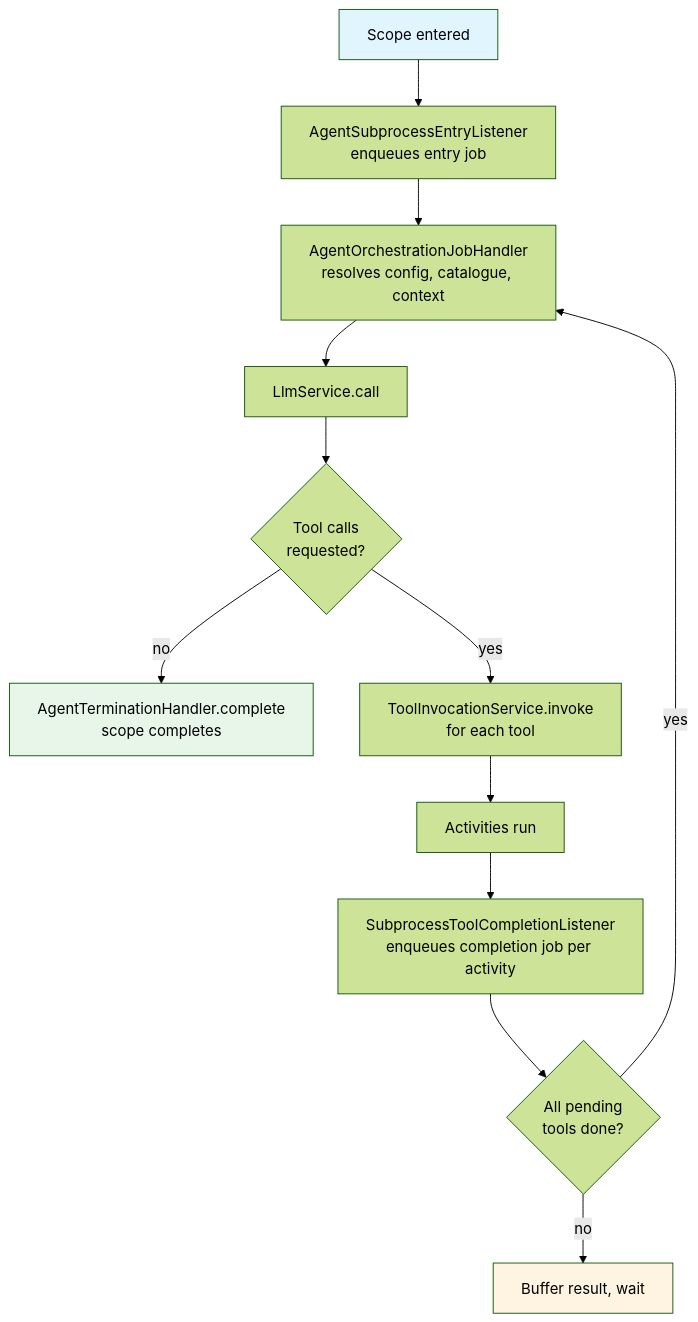
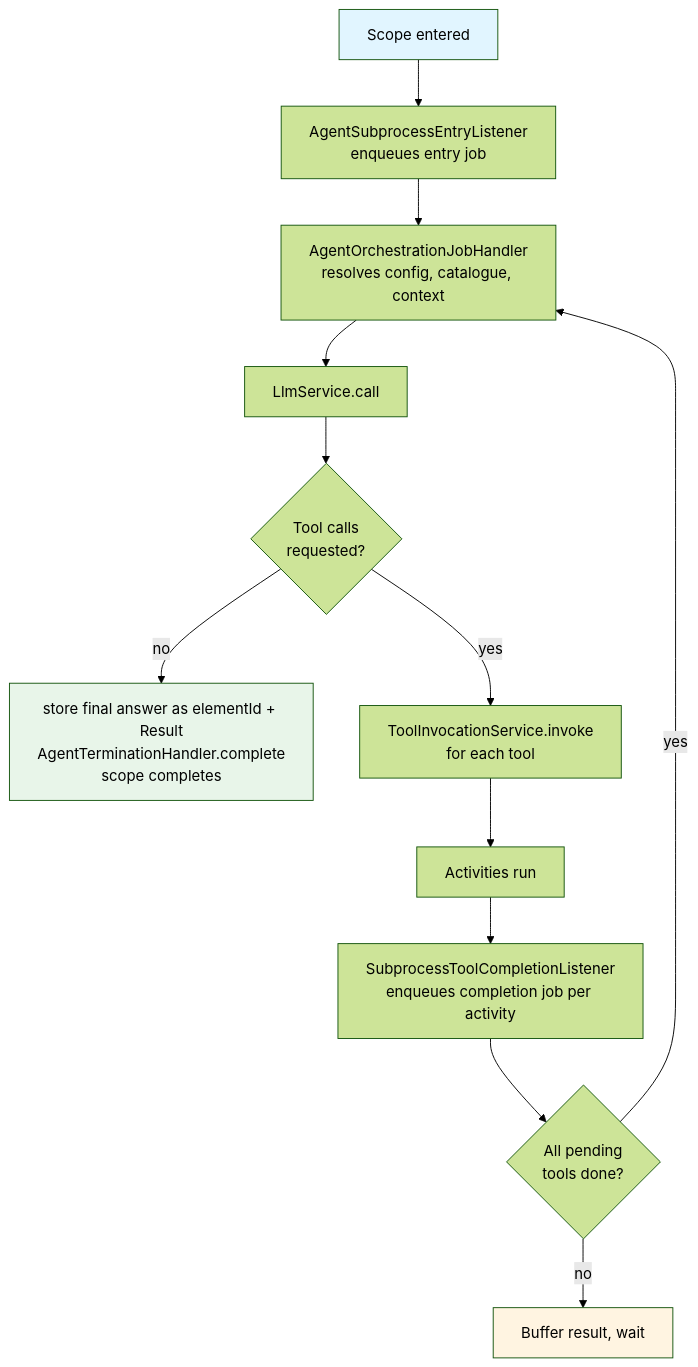
One commit to finos/fluxnova-plugins changed the diagram in agentic-subprocess/agent-orchestrator/README.md. Above: the diagram before and after it, drawn with Mermaid (forest theme). The commit also changed other lines of this file and 10 other files, not shown here.

````diff
--- a/agentic-subprocess/agent-orchestrator/README.md
+++ b/agentic-subprocess/agent-orchestrator/README.md
@@ -42,18 +42,18 @@
 ```mermaid
 flowchart TD
     A[Scope entered] --> B[AgentSubprocessEntryListener\nenqueues entry job]
     B --> C[AgentOrchestrationJobHandler\nresolves config, catalogue, context]
     C --> D[LlmService.call]
     D --> E{Tool calls\nrequested?}
-    E -- no  --> F[AgentTerminationHandler.complete\nscope completes]
+    E -- no  --> F[store final answer as elementId + Result\nAgentTerminationHandler.complete\nscope completes]
     E -- yes --> G[ToolInvocationService.invoke\nfor each tool]
     G --> H[Activities run]
     H --> I[SubprocessToolCompletionListener\nenqueues completion job per activity]
     I --> J{All pending\ntools done?}
     J -- no  --> K[Buffer result, wait]
     J -- yes --> C
 
     style A fill:#e1f5ff
     style F fill:#e8f5e9
     style K fill:#fff4e1
 ```
````
